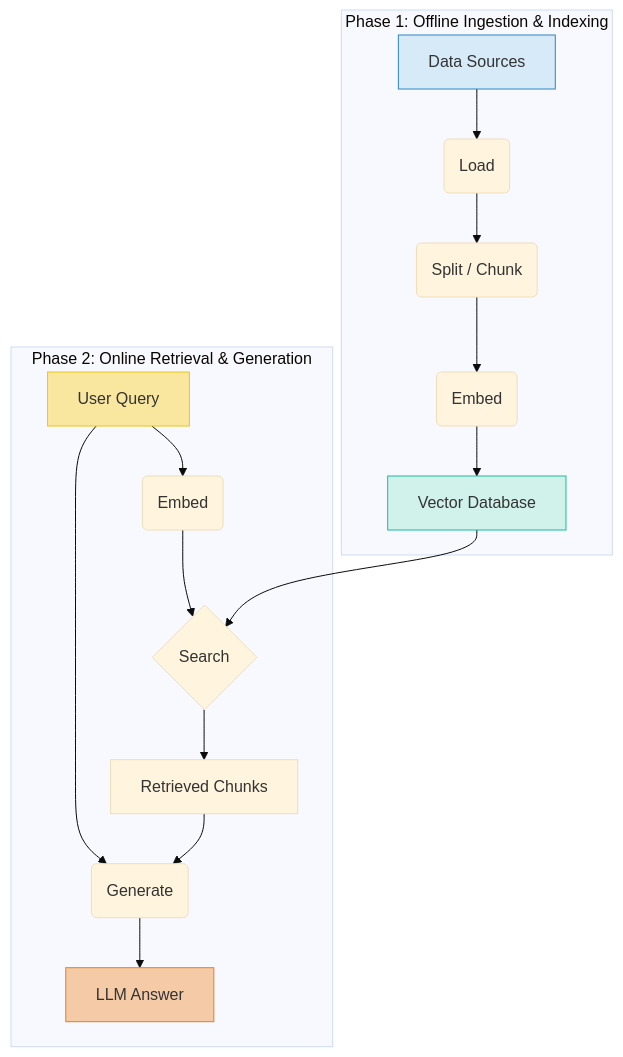
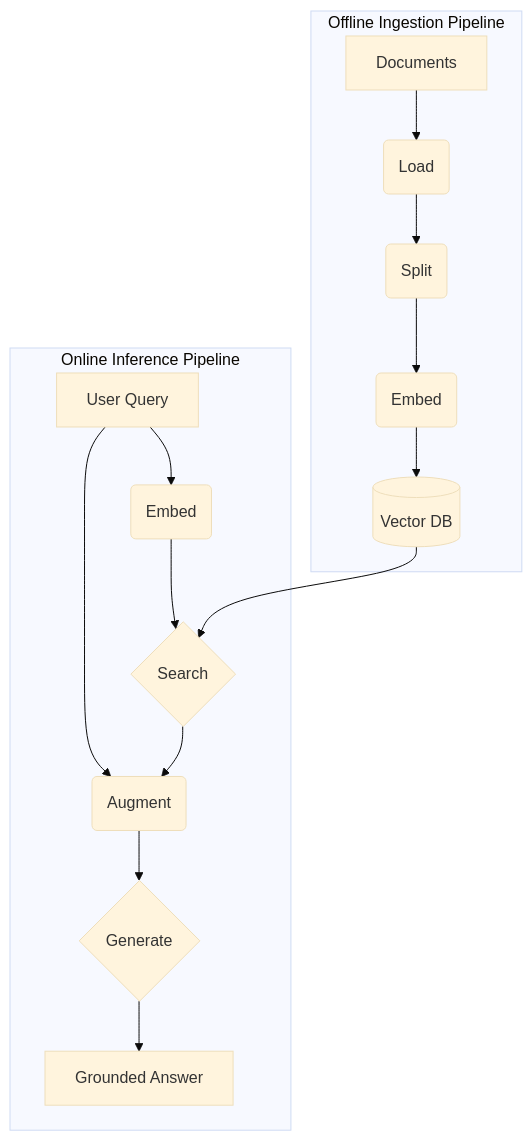
Before and after one commit to shoaibkhanz/agentic-ai-engineering-course: the second of 4 diagrams in lessons/10_RAG_Focus/article.md, drawn with Mermaid (base theme). The commit also changed other lines of this file and 4 other files, not shown here.

````diff
--- a/lessons/10_RAG_Focus/article.md
+++ b/lessons/10_RAG_Focus/article.md
@@ -78,24 +51,19 @@
 ```mermaid
 graph TD
-    subgraph "Phase 1: Offline Ingestion & Indexing"
-        A[Data Sources] --> B(Load);
-        B --> C(Split / Chunk);
+    subgraph Offline Ingestion Pipeline
+        A[Documents] --> B(Load);
+        B --> C(Split);
         C --> D(Embed);
-        D --> E[Vector Database];
+        D --> E[(Vector DB)];
     end
 
-    subgraph "Phase 2: Online Retrieval & Generation"
+    subgraph Online Inference Pipeline
         F[User Query] --> G(Embed);
         G --> H{Search};
         E --> H;
-        H --> I[Retrieved Chunks];
-        I --> J(Generate);
-        F --> J;
-        J --> K[LLM Answer];
+        H --> I(Augment);
+        F --> I;
+        I --> J{Generate};
+        J --> K[Grounded Answer];
     end
-
-    style A fill:#d6eaf8,stroke:#2e86c1
-    style E fill:#d1f2eb,stroke:#1abc9c
-    style F fill:#f9e79f,stroke:#f1c40f
-    style K fill:#f5cba7,stroke:#e67e22
 ```
````
